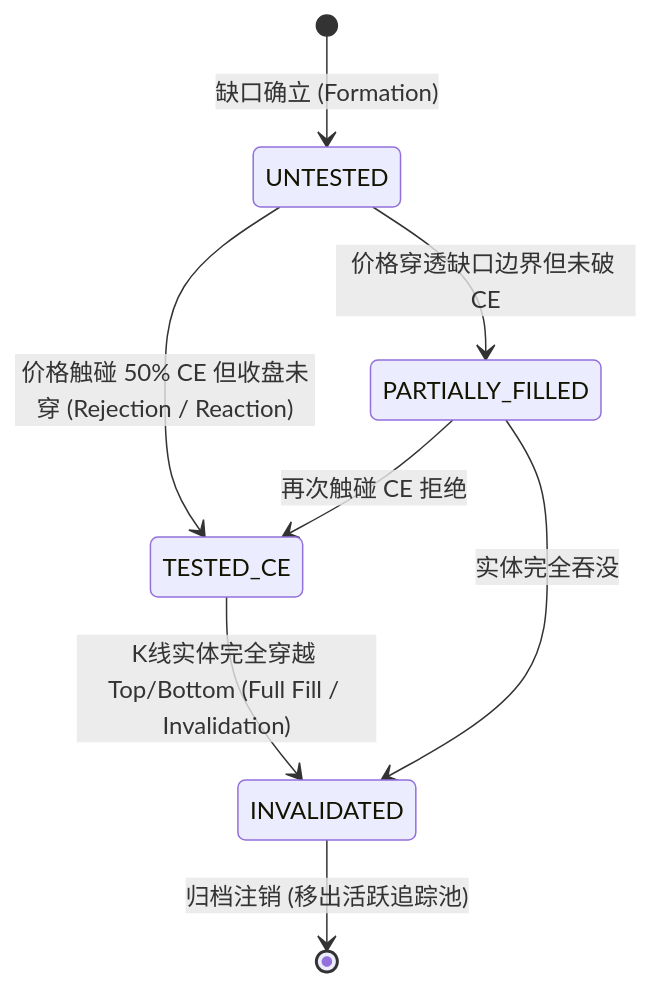
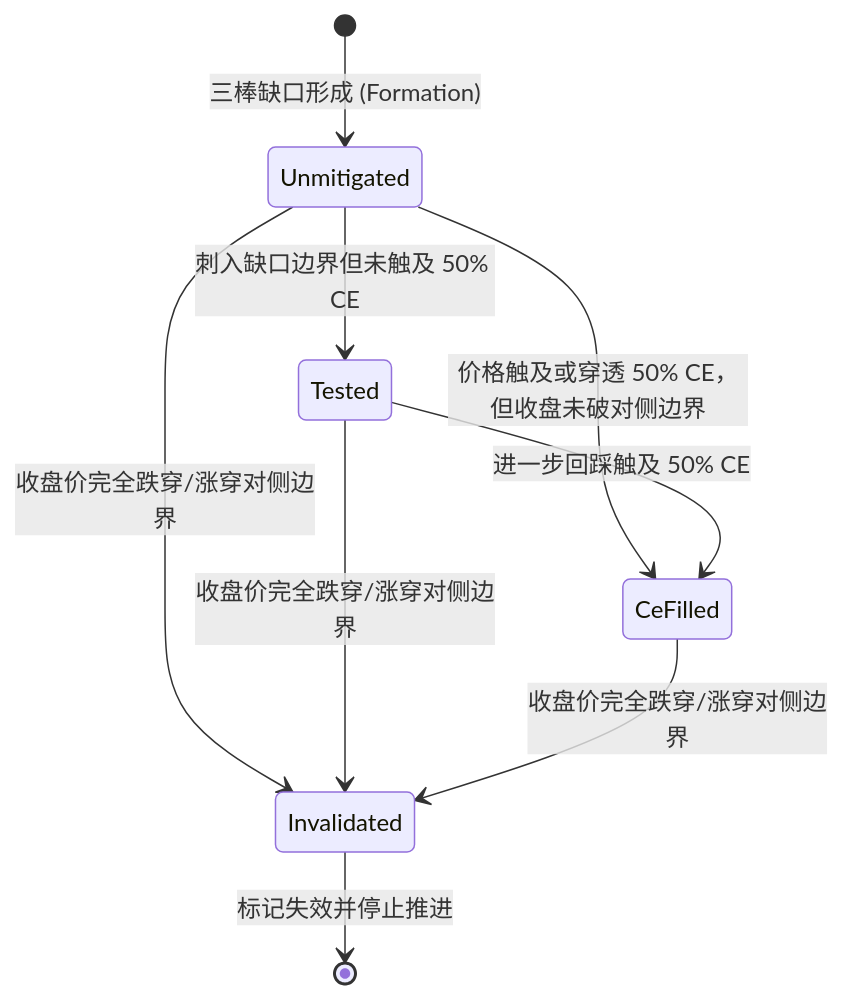
The diagram in docs/pacore-and-gap-projection-architecture.md (mist-trade/mist), drawn with Mermaid before and after one commit. The commit also changed other lines of this file, not shown here.

````diff
--- a/docs/pacore-and-gap-projection-architecture.md
+++ b/docs/pacore-and-gap-projection-architecture.md
@@ -110,10 +112,11 @@
 ```mermaid
 stateDiagram-v2
-    [*] --> UNTESTED: 缺口确立 (Formation)
-    UNTESTED --> TESTED_CE: 价格触碰 50% CE 但收盘未穿 (Rejection / Reaction)
-    UNTESTED --> PARTIALLY_FILLED: 价格穿透缺口边界但未破 CE
-    PARTIALLY_FILLED --> TESTED_CE: 再次触碰 CE 拒绝
-    TESTED_CE --> INVALIDATED: K线实体完全穿越 Top/Bottom (Full Fill / Invalidation)
-    PARTIALLY_FILLED --> INVALIDATED: 实体完全吞没
-    INVALIDATED --> [*]: 归档注销 (移出活跃追踪池)
+    [*] --> Unmitigated: 三棒缺口形成 (Formation)
+    Unmitigated --> Tested: 刺入缺口边界但未触及 50% CE
+    Unmitigated --> CeFilled: 价格触及或穿透 50% CE，但收盘未破对侧边界
+    Tested --> CeFilled: 进一步回踩触及 50% CE
+    Unmitigated --> Invalidated: 收盘价完全跌穿/涨穿对侧边界
+    Tested --> Invalidated: 收盘价完全跌穿/涨穿对侧边界
+    CeFilled --> Invalidated: 收盘价完全跌穿/涨穿对侧边界
+    Invalidated --> [*]: 标记失效并停止推进
 ```
````
